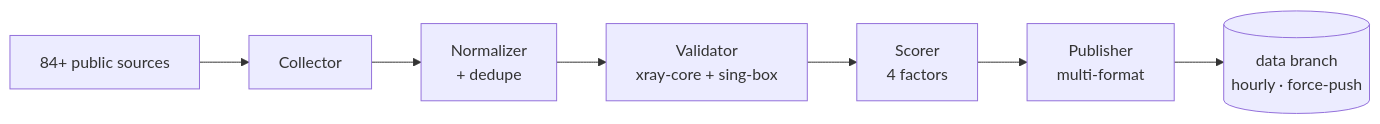
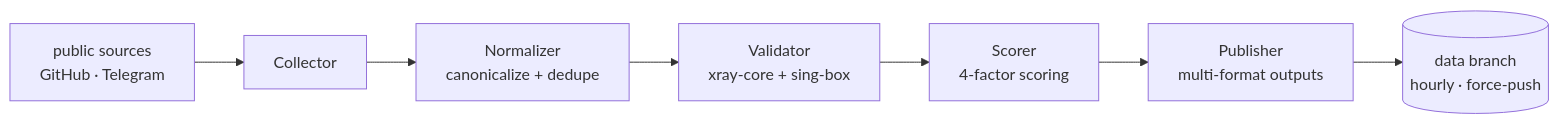
Before and after one commit to Edsel-Rahimi/Ariston: the diagram in README.en.md, drawn with Mermaid. The commit also changed other lines of this file and 17 other files, not shown here.

````diff
--- a/README.en.md
+++ b/README.en.md
@@ -83,9 +132,9 @@
 ```mermaid
 flowchart LR
-    A["84+ public sources"] --> B["Collector"]
-    B --> C["Normalizer<br/>+ dedupe"]
+    A["public sources<br/>GitHub · Telegram"] --> B["Collector"]
+    B --> C["Normalizer<br/>canonicalize + dedupe"]
     C --> D["Validator<br/>xray-core + sing-box"]
-    D --> E["Scorer<br/>4 factors"]
-    E --> F["Publisher<br/>multi-format"]
+    D --> E["Scorer<br/>4-factor scoring"]
+    E --> F["Publisher<br/>multi-format outputs"]
     F --> G[("data branch<br/>hourly · force-push")]
 ```
````
